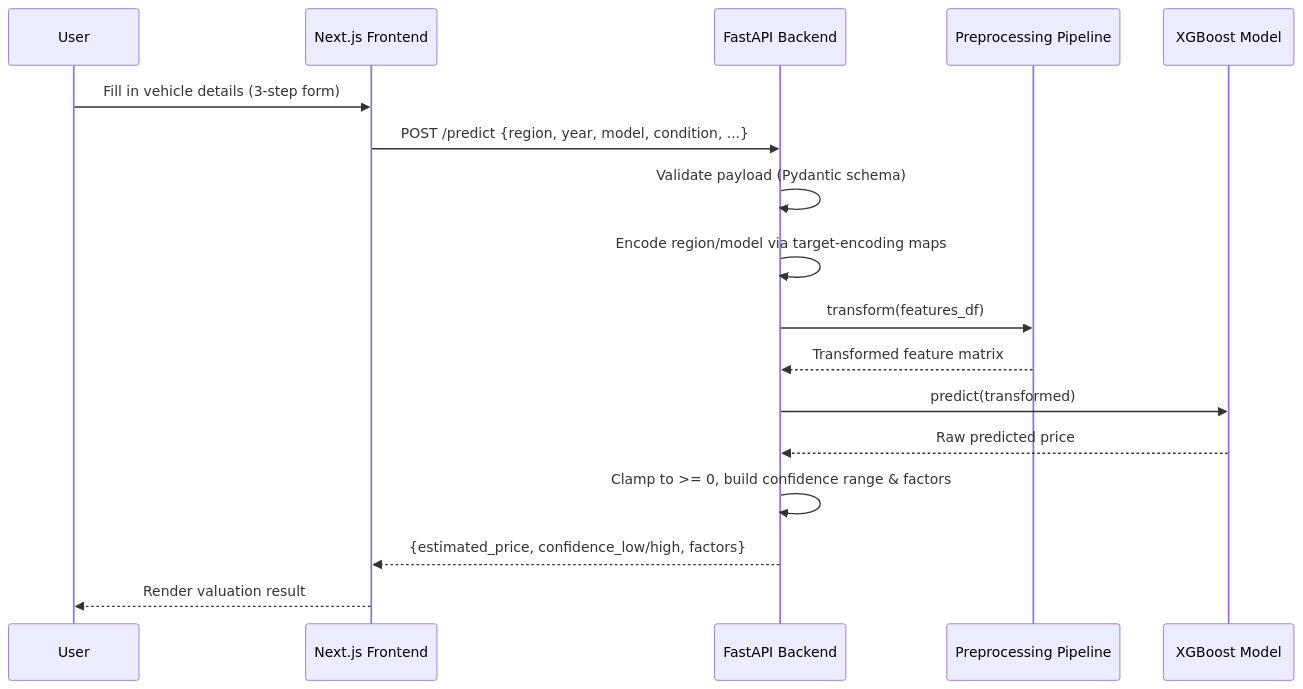
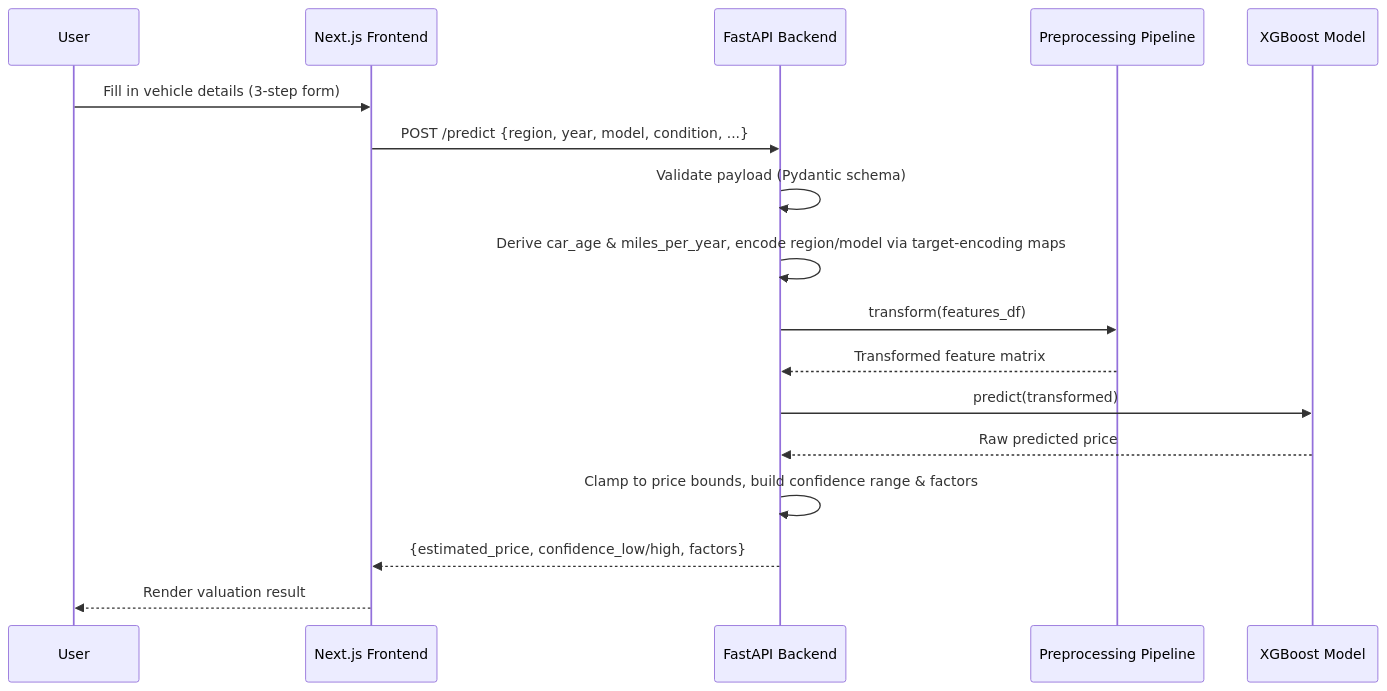
Before and after one commit to ahmedhamdy-DS/Used-Cars-Prices-Prediction: the second of 3 diagrams in README.md, drawn with Mermaid. The commit also changed other lines of this file, not shown here.

````diff
--- a/README.md
+++ b/README.md
@@ -72,20 +72,20 @@
 ```mermaid
 sequenceDiagram
     participant U as User
     participant F as Next.js Frontend
     participant A as FastAPI Backend
     participant P as Preprocessing Pipeline
     participant M as XGBoost Model
 
     U->>F: Fill in vehicle details (3-step form)
     F->>A: POST /predict {region, year, model, condition, ...}
     A->>A: Validate payload (Pydantic schema)
-    A->>A: Encode region/model via target-encoding maps
+    A->>A: Derive car_age & miles_per_year, encode region/model via target-encoding maps
     A->>P: transform(features_df)
     P-->>A: Transformed feature matrix
     A->>M: predict(transformed)
     M-->>A: Raw predicted price
-    A->>A: Clamp to >= 0, build confidence range & factors
+    A->>A: Clamp to price bounds, build confidence range & factors
     A-->>F: {estimated_price, confidence_low/high, factors}
     F-->>U: Render valuation result
 ```
````
